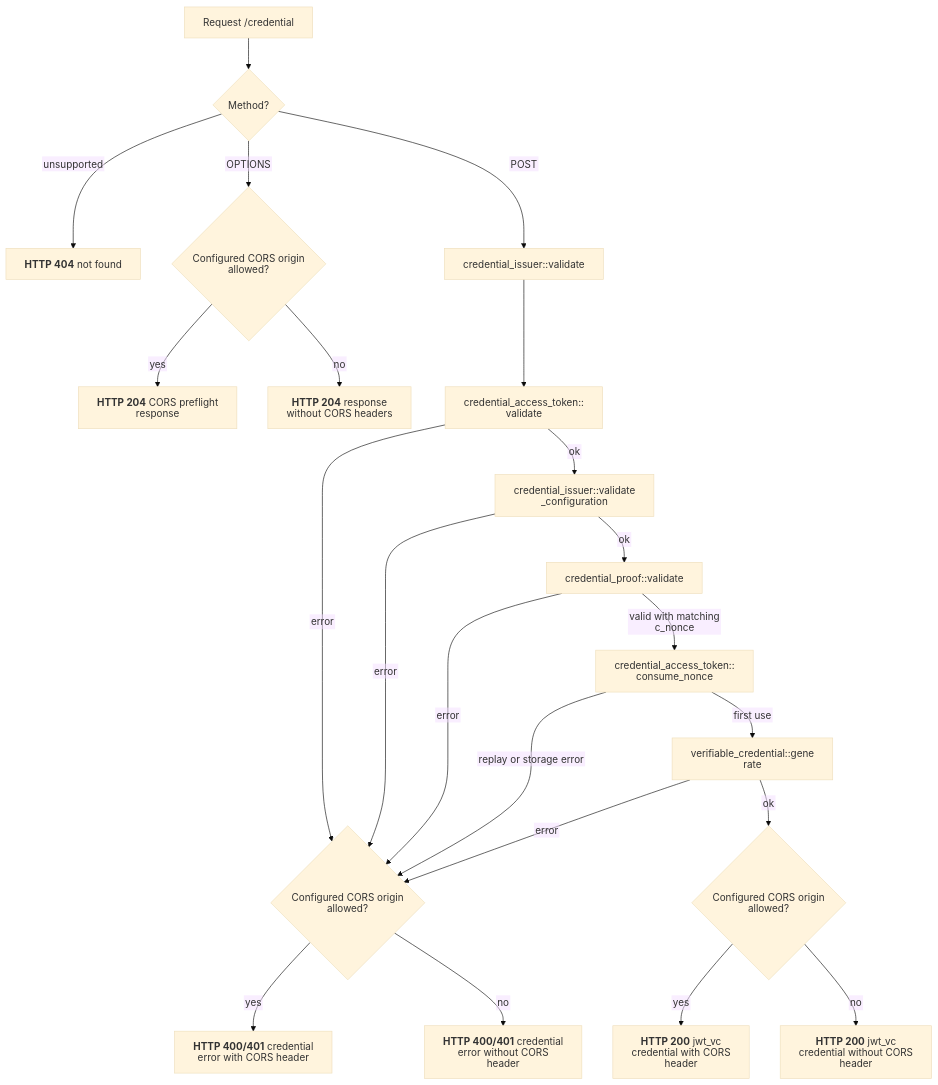
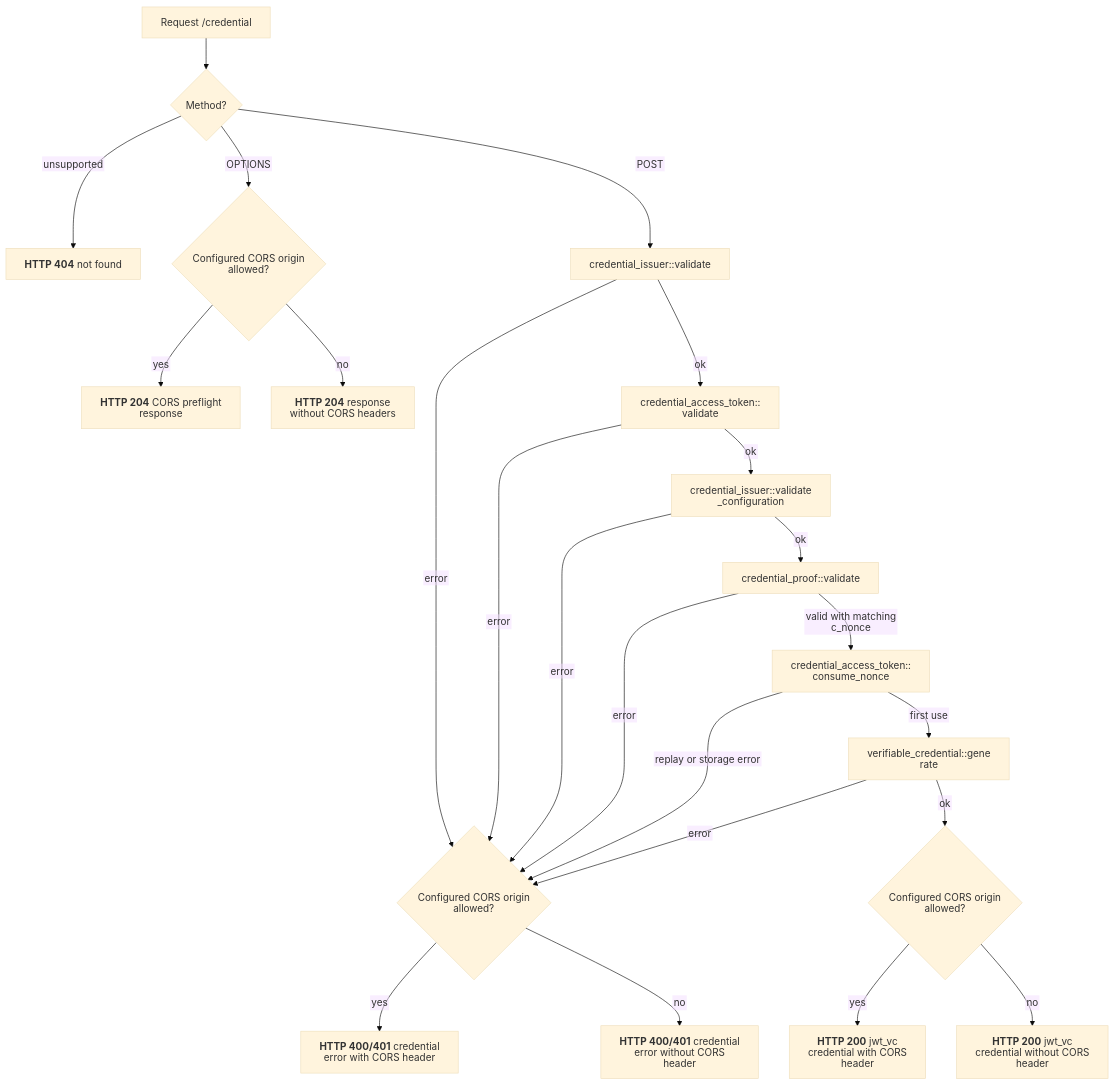
One commit to malach-it/kagome changed the diagram in docs/flows/openid4vci/credential_endpoint.mmd. Above: the diagram before and after it, drawn with Mermaid (base theme). The commit also changed 27 other files, not shown here.

Commit message:
docs: align flow graphs with handler pipelines

```diff
--- a/docs/flows/openid4vci/credential_endpoint.mmd
+++ b/docs/flows/openid4vci/credential_endpoint.mmd
@@ -1,23 +1,24 @@
 %%{init: {"htmlLabels": false, "flowchart": {"htmlLabels": false}}}%%
 flowchart TD
     start[Request /credential] --> method{Method?}
     method -- unsupported --> not_found["`**HTTP 404** not found`"]
     method -- OPTIONS --> preflight_origin{Configured CORS origin allowed?}
     preflight_origin -- yes --> preflight["`**HTTP 204** CORS preflight response`"]
     preflight_origin -- no --> plain_preflight["`**HTTP 204** response without CORS headers`"]
     method -- POST --> issuer["credential_issuer::validate"]
-    issuer --> bearer["credential_access_token::validate"]
+    issuer -- error --> credential_error_origin
+    issuer -- ok --> bearer["credential_access_token::validate"]
     bearer -- error --> credential_error_origin
     bearer -- ok --> configuration["credential_issuer::validate_configuration"]
     configuration -- error --> credential_error_origin
     configuration -- ok --> proof["credential_proof::validate"]
     proof -- error --> credential_error_origin
     proof -- valid with matching c_nonce --> consume["credential_access_token::consume_nonce"]
     consume -- replay or storage error --> credential_error_origin
     consume -- first use --> generate["verifiable_credential::generate"]
     generate -- error --> credential_error_origin
     generate -- ok --> success_origin{Configured CORS origin allowed?}
     credential_error_origin{Configured CORS origin allowed?} -- yes --> cors_error["`**HTTP 400/401** credential error with CORS header`"]
     credential_error_origin -- no --> credential_error["`**HTTP 400/401** credential error without CORS header`"]
     success_origin -- yes --> cors_success["`**HTTP 200** jwt_vc credential with CORS header`"]
     success_origin -- no --> success["`**HTTP 200** jwt_vc credential without CORS header`"]
```
